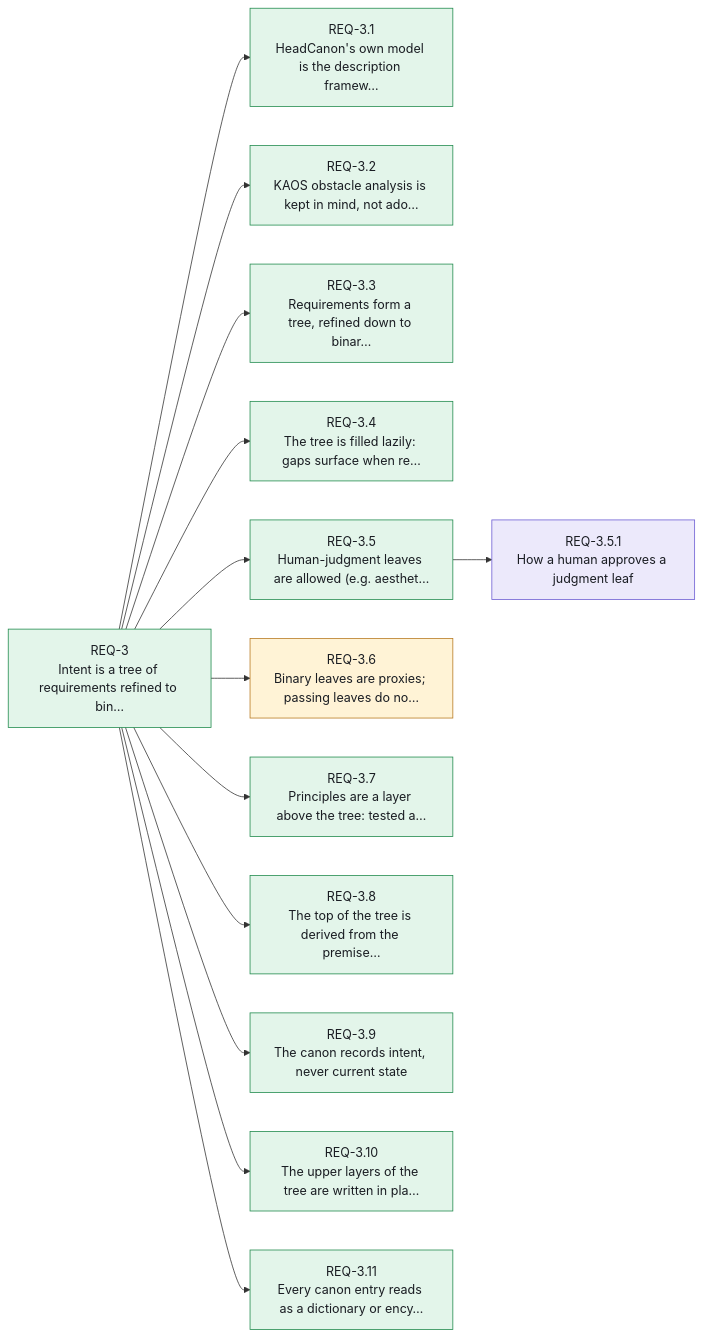
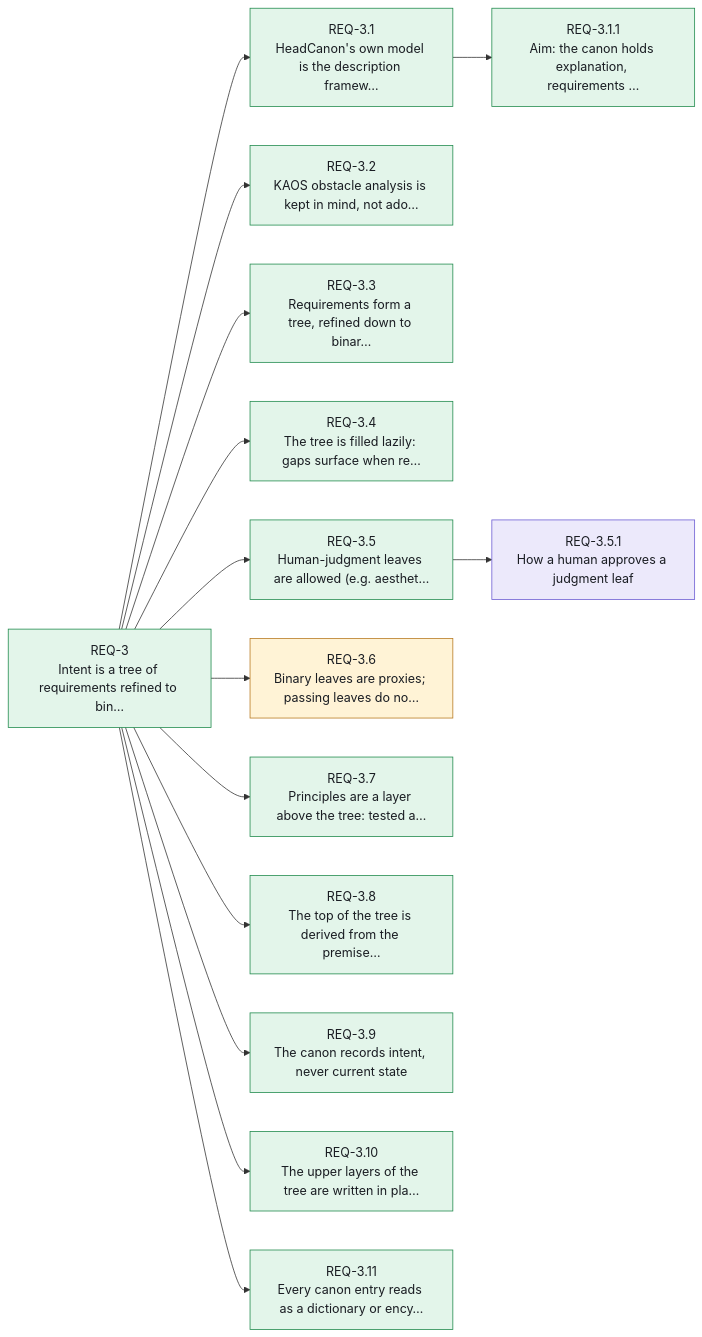
One commit to Althis/headcanon changed the fourth of 14 diagrams in canon/INDEX.md. Above: the diagram before and after it, drawn with Mermaid. The commit also changed other lines of this file and 2 other files, not shown here.

Commit message:
docs(canon): record the aim for how the canon and Diataxis fit together
Explanation lives in the canon, the requirement tree is the reference of
what the product must do, how-to guides trace to journeys and tutorials
to onboarding journeys. Recorded as an aim under REQ-3.1, not expanded,
at the human's direction.

Intent: REQ-3.1.1, REQ-3.1
Intent-Change: create REQ-3.1.1
Intent-Review: 221054b13a6d, 0 findings; 1 untouched parent accounted for

````diff
--- a/canon/INDEX.md
+++ b/canon/INDEX.md
@@ -265,33 +265,35 @@
 ```mermaid
 flowchart LR
     REQ_3["REQ-3<br/>Intent is a tree of requirements refined to bin…"]:::stated
     REQ_3_1["REQ-3.1<br/>HeadCanon's own model is the description framew…"]:::stated
+    REQ_3_1_1["REQ-3.1.1<br/>Aim: the canon holds explanation, requirements …"]:::stated
     REQ_3_2["REQ-3.2<br/>KAOS obstacle analysis is kept in mind, not ado…"]:::stated
     REQ_3_3["REQ-3.3<br/>Requirements form a tree, refined down to binar…"]:::stated
     REQ_3_4["REQ-3.4<br/>The tree is filled lazily: gaps surface when re…"]:::stated
     REQ_3_5["REQ-3.5<br/>Human-judgment leaves are allowed (e.g. aesthet…"]:::stated
     REQ_3_5_1["REQ-3.5.1<br/>How a human approves a judgment leaf"]:::open
     REQ_3_6["REQ-3.6<br/>Binary leaves are proxies; passing leaves do no…"]:::assumed
     REQ_3_7["REQ-3.7<br/>Principles are a layer above the tree: tested a…"]:::stated
     REQ_3_8["REQ-3.8<br/>The top of the tree is derived from the premise…"]:::stated
     REQ_3_9["REQ-3.9<br/>The canon records intent, never current state"]:::stated
     REQ_3_10["REQ-3.10<br/>The upper layers of the tree are written in pla…"]:::stated
     REQ_3_11["REQ-3.11<br/>Every canon entry reads as a dictionary or ency…"]:::stated
     REQ_3 --> REQ_3_1
+    REQ_3_1 --> REQ_3_1_1
     REQ_3 --> REQ_3_2
     REQ_3 --> REQ_3_3
     REQ_3 --> REQ_3_4
     REQ_3 --> REQ_3_5
     REQ_3_5 --> REQ_3_5_1
     REQ_3 --> REQ_3_6
     REQ_3 --> REQ_3_7
     REQ_3 --> REQ_3_8
     REQ_3 --> REQ_3_9
     REQ_3 --> REQ_3_10
     REQ_3 --> REQ_3_11
     classDef stated fill:#e3f5ea,stroke:#1f8a4c,color:#1a1d23
     classDef resolved fill:#e8efff,stroke:#2563eb,color:#1a1d23
     classDef assumed fill:#fff3d6,stroke:#b7791f,color:#1a1d23
     classDef open fill:#ece9fb,stroke:#6b5bd2,color:#1a1d23
     classDef contested fill:#fde7e8,stroke:#d13438,color:#1a1d23
 ```
````
